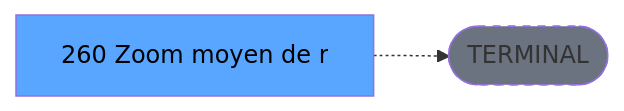
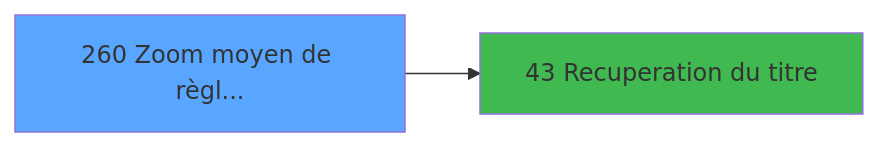
The third of 3 diagrams in .openspec/specs/ADH-IDE-260.md (thonyAGP/magic-migration), drawn with Mermaid before and after one commit. The commit also changed other lines of this file and 493 other files, not shown here.

````diff
--- a/.openspec/specs/ADH-IDE-260.md
+++ b/.openspec/specs/ADH-IDE-260.md
@@ -138,8 +197,8 @@
 ```mermaid
 graph LR
-    T[260 Zoom moyen de r]
-    TERM([TERMINAL])
-    T -.-> TERM
-    style TERM fill:#6b7280,stroke-dasharray: 5 5
-    style T fill:#58a6ff,color:#000
+    T260[260 Zoom moyen de règl...]
+    style T260 fill:#58a6ff
+    C43[43 Recuperation du titre]
+    T260 --> C43
+    style C43 fill:#3fb950
 ```
````
